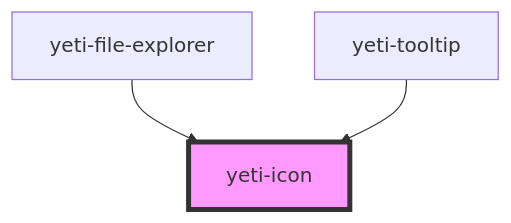
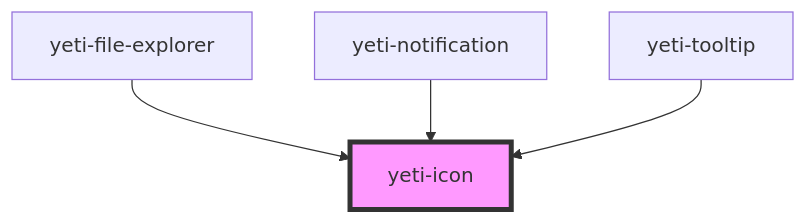
One commit to msoltvedt/yeti changed the diagram in src/components/yeti-icon/readme.md. Above: the diagram before and after it, drawn with Mermaid. The commit also changed other lines of this file and 8 other files, not shown here.

````diff
--- a/src/components/yeti-icon/readme.md
+++ b/src/components/yeti-icon/readme.md
@@ -28,6 +29,7 @@
 ```mermaid
 graph TD;
   yeti-file-explorer --> yeti-icon
+  yeti-notification --> yeti-icon
   yeti-tooltip --> yeti-icon
   style yeti-icon fill:#f9f,stroke:#333,stroke-width:4px
 ```
````
